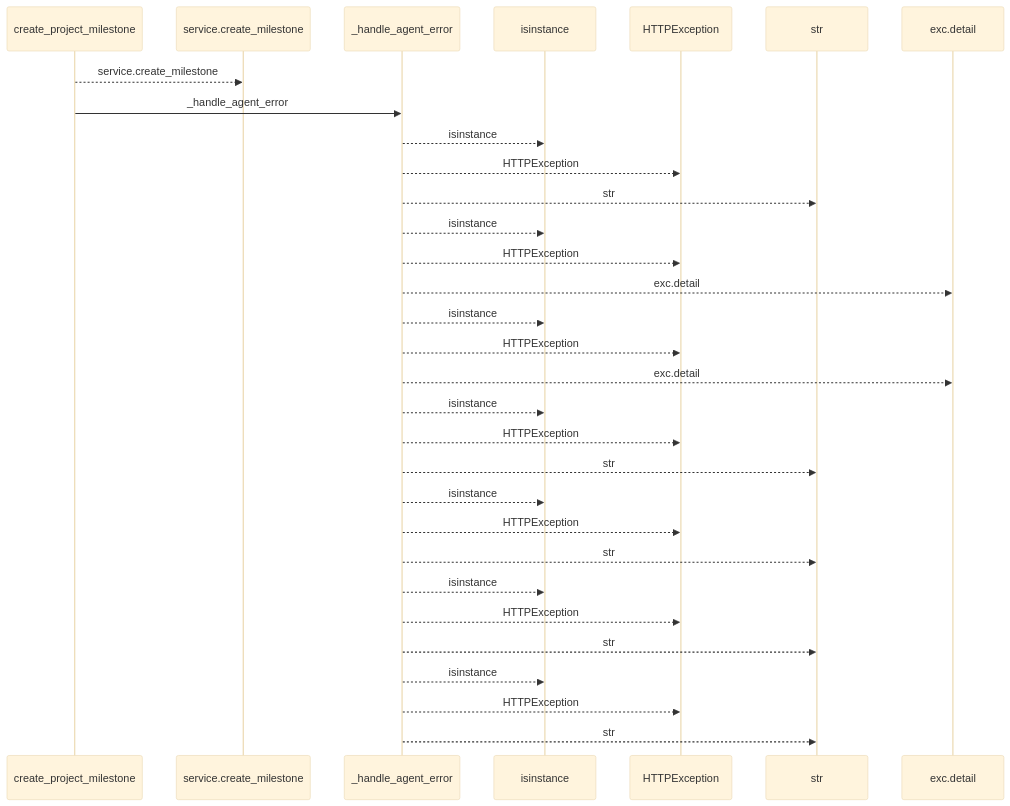
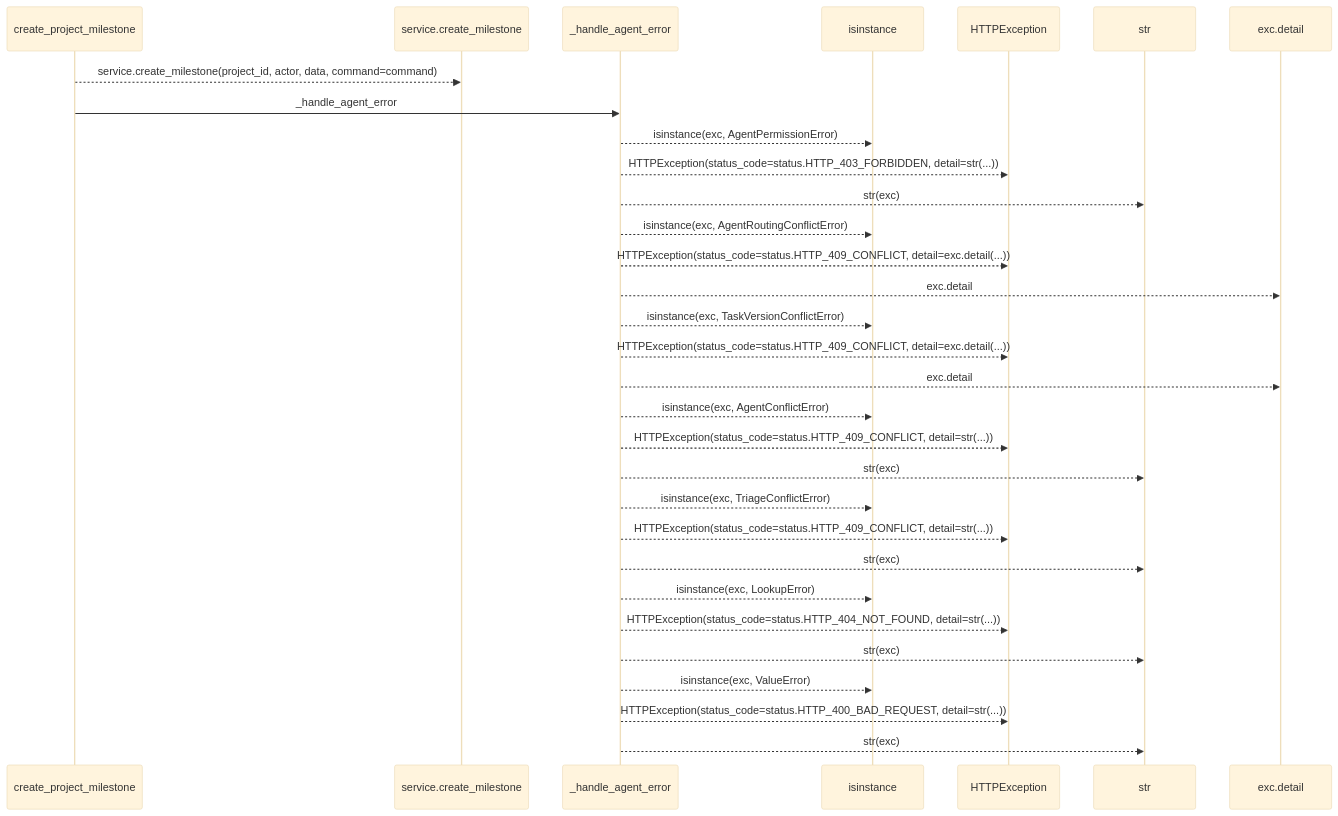
The first of 2 diagrams in docs/llm_wiki/flows/http-create_project_milestone-agent_planning.md (Denissvgn/WorkChord), drawn with Mermaid (base theme) before and after one commit. The commit also changed other lines of this file and 25171 other files, not shown here.

````diff
--- a/docs/llm_wiki/flows/http-create_project_milestone-agent_planning.md
+++ b/docs/llm_wiki/flows/http-create_project_milestone-agent_planning.md
@@ -10,33 +12,33 @@
 ```mermaid
 sequenceDiagram
     participant p0 as create_project_milestone
     participant p1 as service.create_milestone
     participant p2 as _handle_agent_error
     participant p3 as isinstance
     participant p4 as HTTPException
     participant p5 as str
     participant p6 as exc.detail
-    p0-->>p1: service.create_milestone
+    p0-->>p1: service.create_milestone(project_id, actor, data, command=command)
     p0->>p2: _handle_agent_error
-    p2-->>p3: isinstance
-    p2-->>p4: HTTPException
-    p2-->>p5: str
-    p2-->>p3: isinstance
-    p2-->>p4: HTTPException
+    p2-->>p3: isinstance(exc, AgentPermissionError)
+    p2-->>p4: HTTPException(status_code=status.HTTP_403_FORBIDDEN, detail=str(...))
+    p2-->>p5: str(exc)
+    p2-->>p3: isinstance(exc, AgentRoutingConflictError)
+    p2-->>p4: HTTPException(status_code=status.HTTP_409_CONFLICT, detail=exc.detail(...))
     p2-->>p6: exc.detail
-    p2-->>p3: isinstance
-    p2-->>p4: HTTPException
+    p2-->>p3: isinstance(exc, TaskVersionConflictError)
+    p2-->>p4: HTTPException(status_code=status.HTTP_409_CONFLICT, detail=exc.detail(...))
     p2-->>p6: exc.detail
-    p2-->>p3: isinstance
-    p2-->>p4: HTTPException
-    p2-->>p5: str
-    p2-->>p3: isinstance
-    p2-->>p4: HTTPException
-    p2-->>p5: str
-    p2-->>p3: isinstance
-    p2-->>p4: HTTPException
-    p2-->>p5: str
-    p2-->>p3: isinstance
-    p2-->>p4: HTTPException
-    p2-->>p5: str
+    p2-->>p3: isinstance(exc, AgentConflictError)
+    p2-->>p4: HTTPException(status_code=status.HTTP_409_CONFLICT, detail=str(...))
+    p2-->>p5: str(exc)
+    p2-->>p3: isinstance(exc, TriageConflictError)
+    p2-->>p4: HTTPException(status_code=status.HTTP_409_CONFLICT, detail=str(...))
+    p2-->>p5: str(exc)
+    p2-->>p3: isinstance(exc, LookupError)
+    p2-->>p4: HTTPException(status_code=status.HTTP_404_NOT_FOUND, detail=str(...))
+    p2-->>p5: str(exc)
+    p2-->>p3: isinstance(exc, ValueError)
+    p2-->>p4: HTTPException(status_code=status.HTTP_400_BAD_REQUEST, detail=str(...))
+    p2-->>p5: str(exc)
 ```
````
